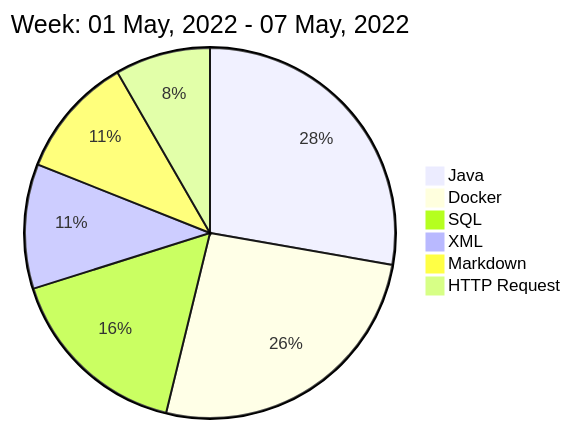
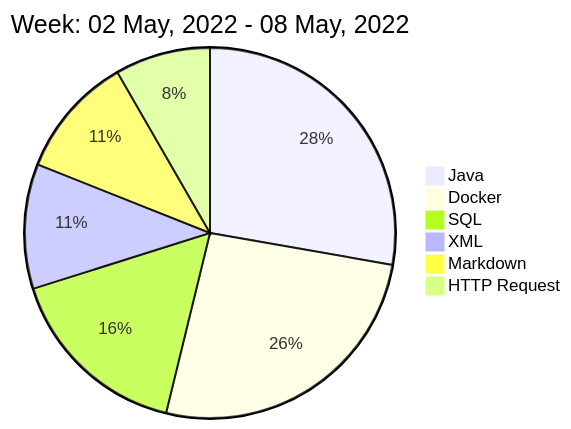
The diagram in README.md (liubin95/liubin95), drawn with Mermaid before and after one commit.

Commit message:
Updated the Graph with new Metrics

````diff
--- a/README.md
+++ b/README.md
@@ -40,10 +40,10 @@
 ```mermaid
  pie
-title Week: 01 May, 2022 - 07 May, 2022
+title Week: 02 May, 2022 - 08 May, 2022
  "Java" : 3.57
  "Docker" : 3.35
  "SQL" : 2.1
  "XML" : 1.4
  "Markdown" : 1.37
  "HTTP Request" : 1.07
 ```
````
